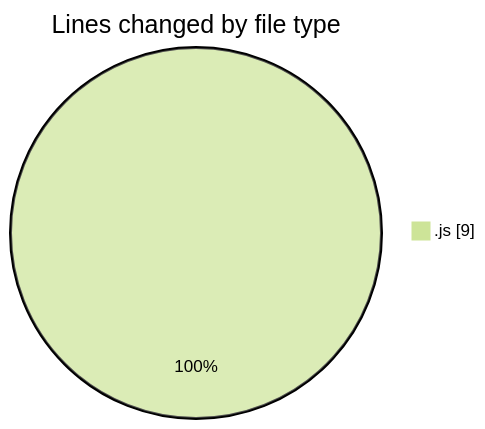
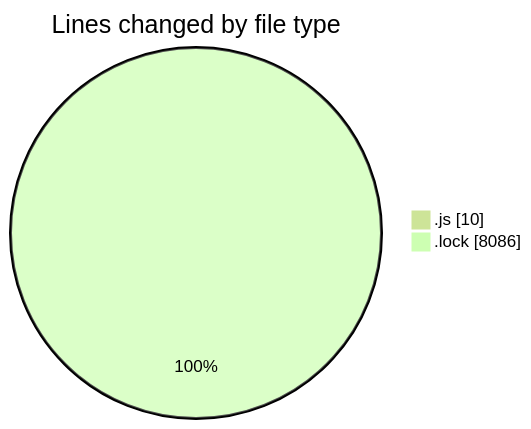
The first of 2 diagrams in 2025-02-07/cda/README.md (momahboobian/code-tracking), drawn with Mermaid (forest theme) before and after one commit. The commit also changed other lines of this file and 1 other file, not shown here.

````diff
--- a/2025-02-07/cda/README.md
+++ b/2025-02-07/cda/README.md
@@ -21,5 +22,6 @@
 ```mermaid
 pie showData
 title Lines changed by file type
-".js" : 9
+".js" : 10
+".lock" : 8086
 ```
````
